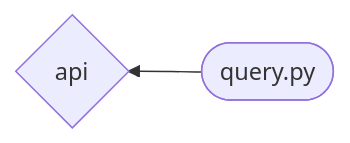
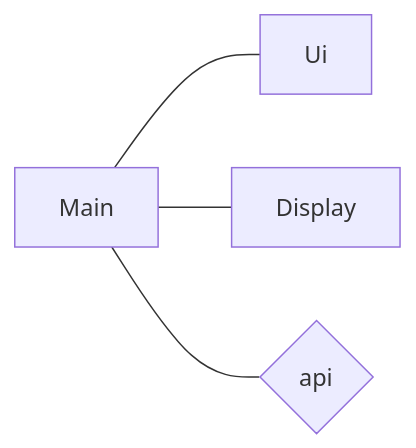
Before and after one commit to astranero/ot-harjoitustyo-1: the first of 4 diagrams in bussitt-app/dokumentaatio/arkkitehtuuri.md, drawn with Mermaid. The commit also changed other lines of this file, not shown here.

````diff
--- a/bussitt-app/dokumentaatio/arkkitehtuuri.md
+++ b/bussitt-app/dokumentaatio/arkkitehtuuri.md
@@ -15,4 +5,6 @@
 ```mermaid
 flowchart RL
-    query([query.py]) --> api{api}
+    Ui --- Main
+    Display --- Main
+    api{api} --- Main
 ```
````
